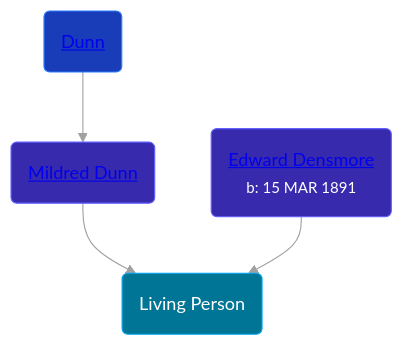
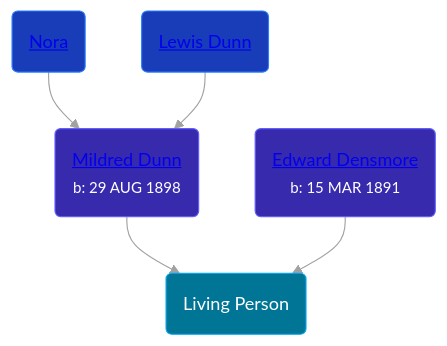
The diagram in pages/people/1/12457038.md (wpmgotkh/wpmgotkh.github.io), drawn with Mermaid (base theme) before and after one commit. The commit also changed 257 other files, not shown here.

````diff
--- a/pages/people/1/12457038.md
+++ b/pages/people/1/12457038.md
@@ -10,11 +10,12 @@
 ```mermaid
 graph
 classDef grands fill:#193cb8,stroke:#2b7fff,stroke-width:1px,color:#fff;
 classDef parents fill:#372aac,stroke:#615fff,stroke-width:1px,color:#fff;
 classDef primary fill:#007595,stroke:#00a6f4,stroke-width:1px,color:#fff;
 12457038(Living Person):::primary
-7869963(<a class="text-white" href="/people/7/7869963">Mildred Dunn</a>):::parents-->12457038
-14066328(<a class="text-white" href="/people/1/14066328">Dunn</a>):::grands-->7869963
+7869963(<a class="text-white" href="/people/7/7869963">Mildred Dunn</a><br /><small>b: 29 AUG 1898</small>):::parents-->12457038
+37580902(<a class="text-white" href="/people/3/37580902">Nora </a>):::grands-->7869963
+14066328(<a class="text-white" href="/people/1/14066328">Lewis Dunn</a>):::grands-->7869963
 75117844(<a class="text-white" href="/people/7/75117844">Edward Densmore</a><br /><small>b: 15 MAR 1891</small>):::parents-->12457038
 linkStyle default stroke:#a1a1a1
 ```
````
